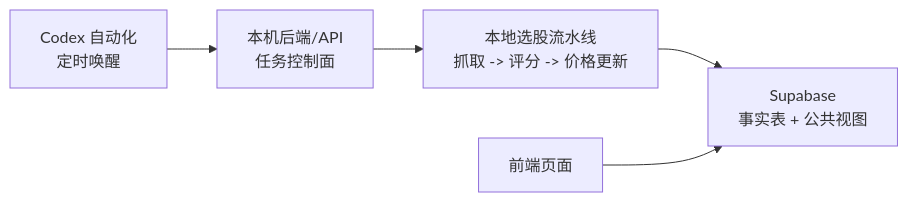
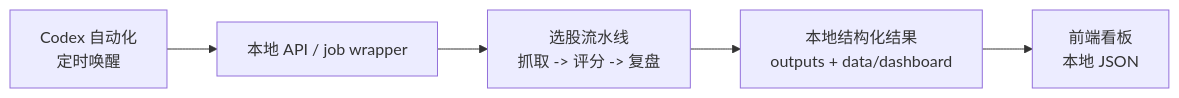
One commit to Lili-big/BullFarm changed the diagram in docs/local_automation_architecture.md. Above: the diagram before and after it, drawn with Mermaid. The commit also changed other lines of this file and 62 other files, not shown here.

````diff
--- a/docs/local_automation_architecture.md
+++ b/docs/local_automation_architecture.md
@@ -7,7 +7,7 @@
 ```mermaid
 flowchart LR
-  A["Codex 自动化<br/>定时唤醒"] --> B["本机后端/API<br/>任务控制面"]
-  B --> C["本地选股流水线<br/>抓取 -> 评分 -> 价格更新"]
-  C --> D["Supabase<br/>事实表 + 公共视图"]
-  E["前端页面"] --> D
+  A["Codex 自动化<br/>定时唤醒"] --> B["本地 API / job wrapper"]
+  B --> C["选股流水线<br/>抓取 -> 评分 -> 复盘"]
+  C --> D["本地结构化结果<br/>outputs + data/dashboard"]
+  D --> E["前端看板<br/>本地 JSON"]
 ```
````
